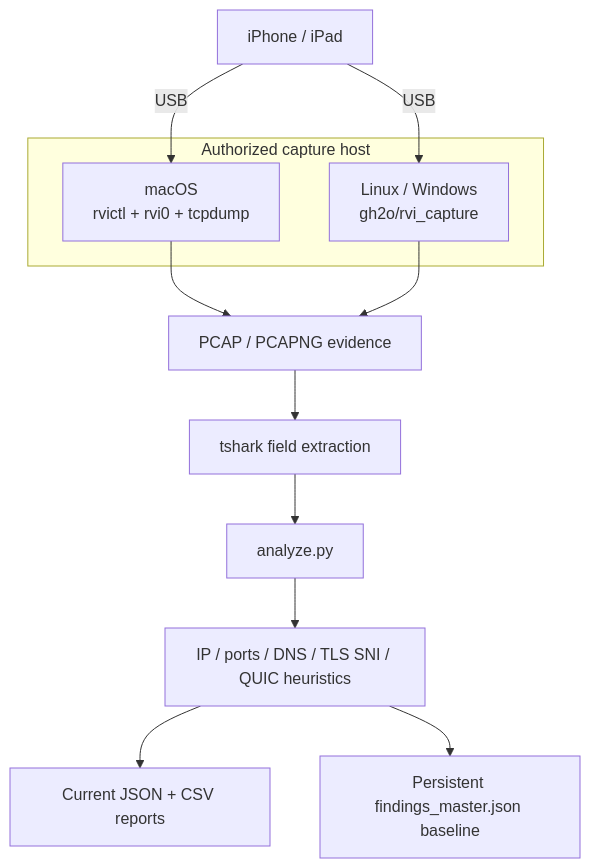
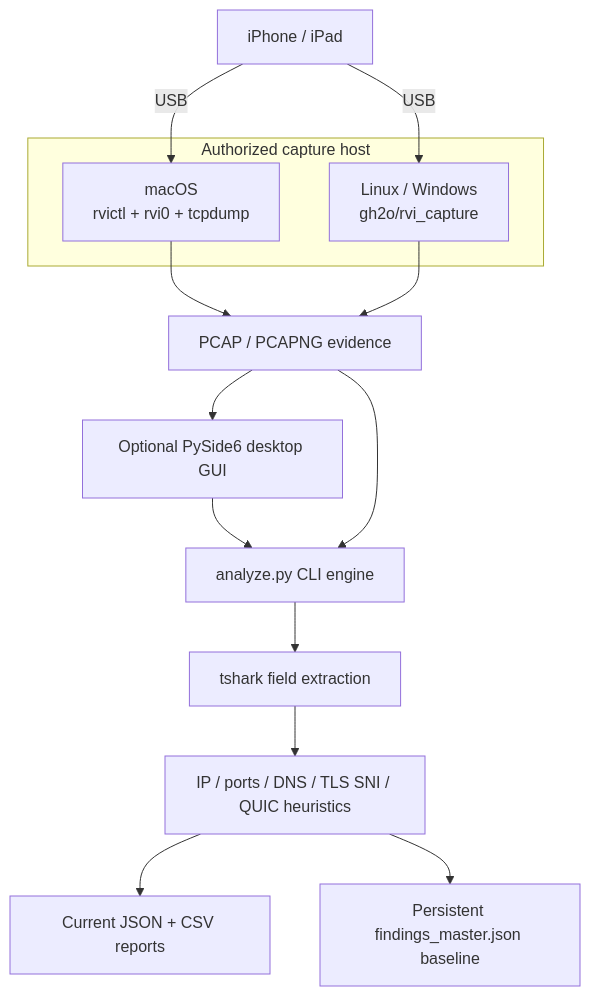
One commit to hideouts-io/RVI-Sentinel changed the diagram in README.md. Above: the diagram before and after it, drawn with Mermaid. The commit also changed other lines of this file and 8 other files, not shown here.

````diff
--- a/README.md
+++ b/README.md
@@ -81,24 +82,27 @@
 ```mermaid
 flowchart TB
     Device[iPhone / iPad]
 
     subgraph Hosts[Authorized capture host]
         Mac[macOS<br/>rvictl + rvi0 + tcpdump]
         Cross[Linux / Windows<br/>gh2o/rvi_capture]
     end
 
     Capture[PCAP / PCAPNG evidence]
     Tshark[tshark field extraction]
-    Analyzer[analyze.py]
+    GUI[Optional PySide6 desktop GUI]
+    Analyzer[analyze.py CLI engine]
     Metadata[IP / ports / DNS / TLS SNI / QUIC heuristics]
     Report[Current JSON + CSV reports]
     Baseline[Persistent findings_master.json baseline]
 
     Device -->|USB| Mac
     Device -->|USB| Cross
     Mac --> Capture
     Cross --> Capture
-    Capture --> Tshark --> Analyzer --> Metadata
+    Capture --> GUI --> Analyzer
+    Capture --> Analyzer
+    Analyzer --> Tshark --> Metadata
     Metadata --> Report
     Metadata --> Baseline
 ```
````
